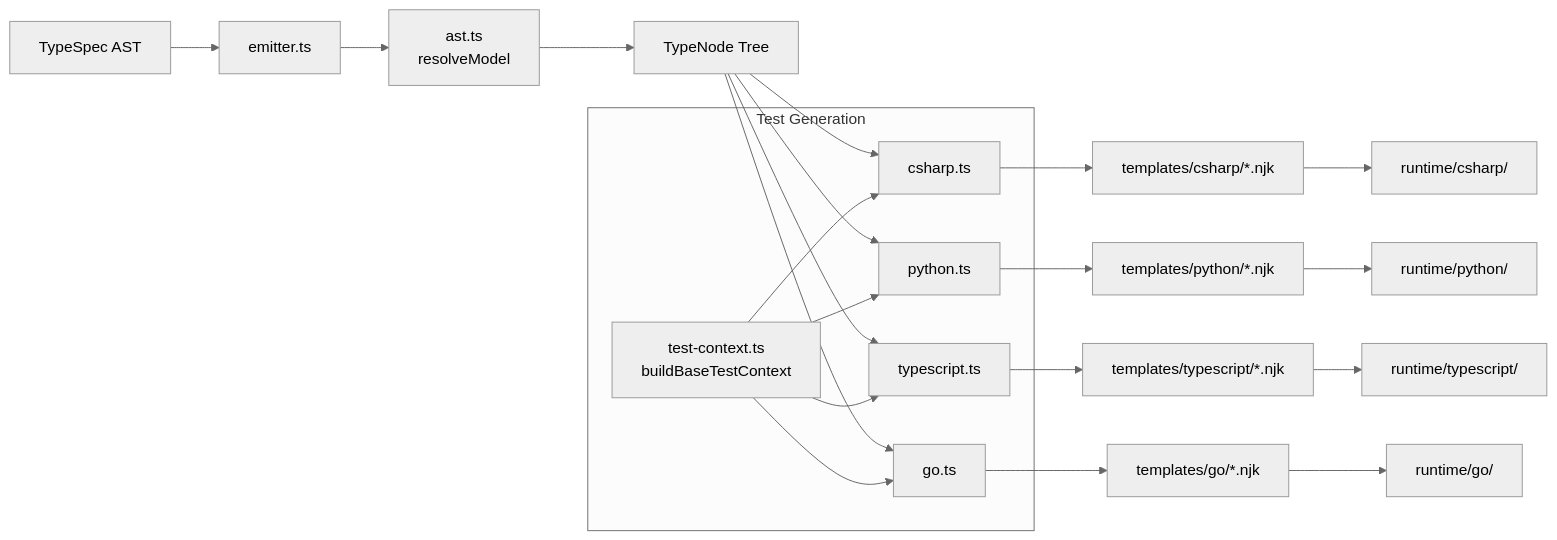
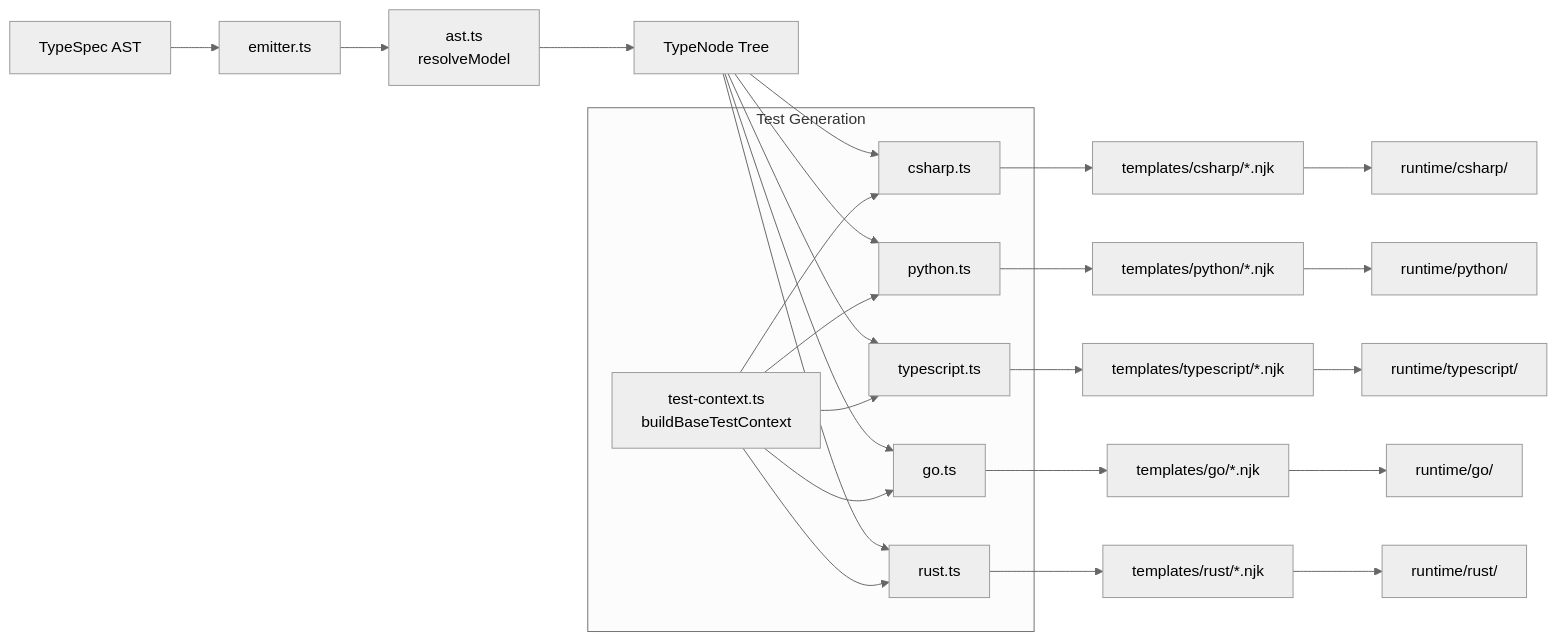
One commit to microsoft/AgentSchema changed the diagram in docs/src/content/docs/contributing/emitter.mdx. Above: the diagram before and after it, drawn with Mermaid (neutral theme). The commit also changed other lines of this file and 14 other files, not shown here.

First line of the commit message:
Add Rust runtime documentation across the docs site (#56)

````diff
--- a/docs/src/content/docs/contributing/emitter.mdx
+++ b/docs/src/content/docs/contributing/emitter.mdx
@@ -37,25 +38,29 @@
 ```mermaid
 flowchart LR
     A[TypeSpec AST] --> B[emitter.ts]
     B --> C[ast.ts<br/>resolveModel]
     C --> D[TypeNode Tree]
     D --> E[csharp.ts]
     D --> F[python.ts]
     D --> G[typescript.ts]
     D --> N[go.ts]
+    D --> Q[rust.ts]
     E --> H[templates/csharp/*.njk]
     F --> I[templates/python/*.njk]
     G --> J[templates/typescript/*.njk]
     N --> O[templates/go/*.njk]
+    Q --> R[templates/rust/*.njk]
     H --> K[runtime/csharp/]
     I --> L[runtime/python/]
     J --> M[runtime/typescript/]
     O --> P[runtime/go/]
+    R --> S[runtime/rust/]
     
     subgraph "Test Generation"
         TC[test-context.ts<br/>buildBaseTestContext] --> E
         TC --> F
         TC --> G
         TC --> N
+        TC --> Q
     end
 ```
````
